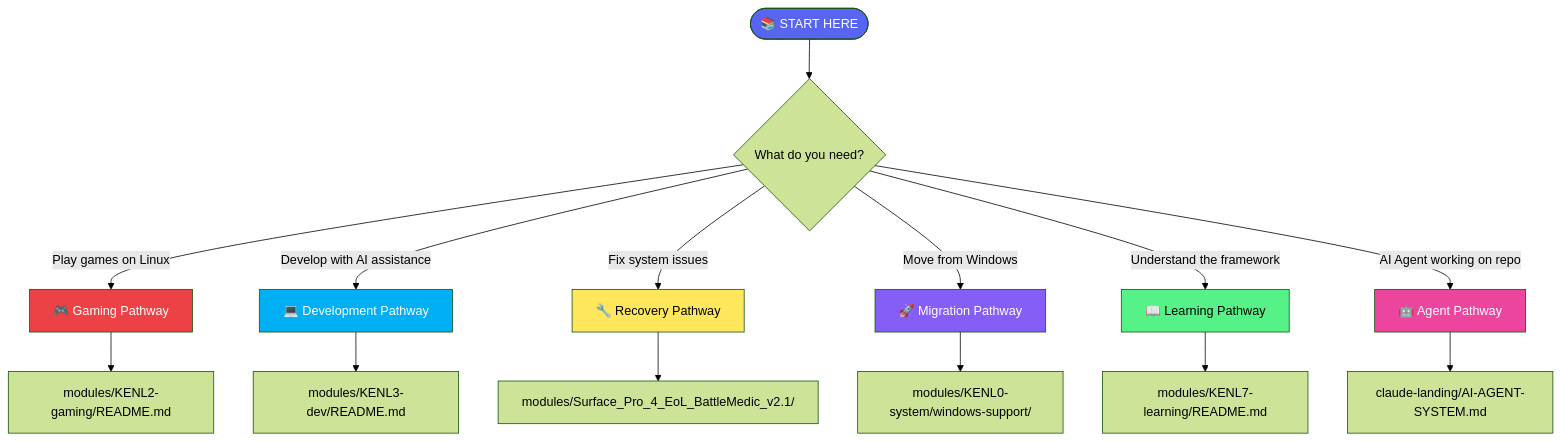
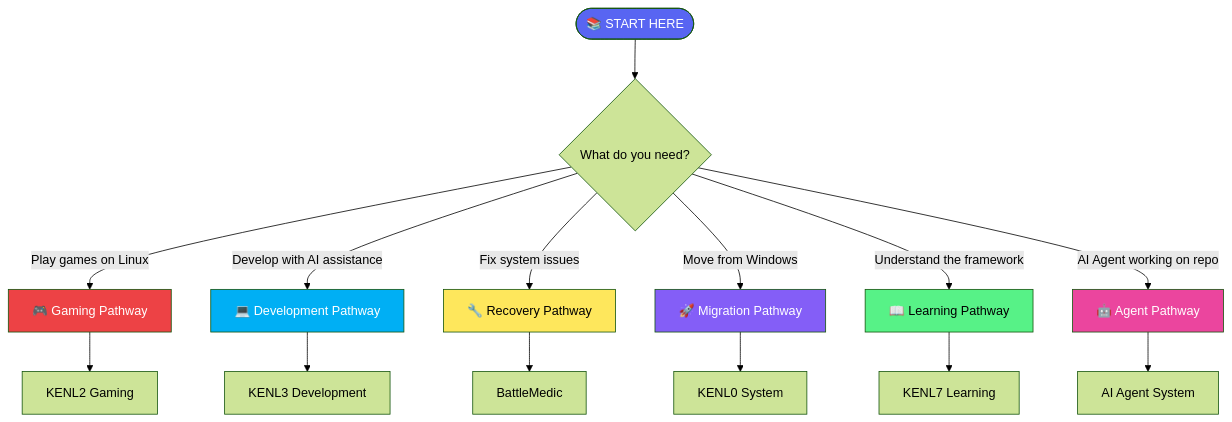
One commit to toolate28/kenl changed the first of 2 diagrams in claude-landing/DOCUMENTATION-PATHWAYS.md. Above: the diagram before and after it, drawn with Mermaid (forest theme).

Commit message:
fix: simplify Mermaid diagram node IDs per KENL standards
Update DOCUMENTATION-PATHWAYS.md to use simpler node labels in Mermaid
diagram as per repository guidelines (e.g., "KENL2 Gaming" instead of
"modules/KENL2-gaming/README.md").

ATOM-DOC-20251126-014

````diff
--- a/claude-landing/DOCUMENTATION-PATHWAYS.md
+++ b/claude-landing/DOCUMENTATION-PATHWAYS.md
@@ -22,26 +22,26 @@
 ```mermaid
 graph TD
     Start([📚 START HERE]) --> Q{What do you need?}
 
     Q --> |Play games on Linux| Gaming[🎮 Gaming Pathway]
     Q --> |Develop with AI assistance| Dev[💻 Development Pathway]
     Q --> |Fix system issues| Recovery[🔧 Recovery Pathway]
     Q --> |Move from Windows| Migration[🚀 Migration Pathway]
     Q --> |Understand the framework| Learn[📖 Learning Pathway]
     Q --> |AI Agent working on repo| Agent[🤖 Agent Pathway]
 
-    Gaming --> G1[modules/KENL2-gaming/README.md]
-    Dev --> D1[modules/KENL3-dev/README.md]
-    Recovery --> R1[modules/Surface_Pro_4_EoL_BattleMedic_v2.1/]
-    Migration --> M1[modules/KENL0-system/windows-support/]
-    Learn --> L1[modules/KENL7-learning/README.md]
-    Agent --> A1[claude-landing/AI-AGENT-SYSTEM.md]
+    Gaming --> G1[KENL2 Gaming]
+    Dev --> D1[KENL3 Development]
+    Recovery --> R1[BattleMedic]
+    Migration --> M1[KENL0 System]
+    Learn --> L1[KENL7 Learning]
+    Agent --> A1[AI Agent System]
 
     style Start fill:#5865F2,color:#fff
     style Gaming fill:#ED4245,color:#fff
     style Dev fill:#00AFF4,color:#fff
     style Recovery fill:#FEE75C,color:#000
     style Migration fill:#845EF7,color:#fff
     style Learn fill:#57F287,color:#000
     style Agent fill:#EB459E,color:#fff
 ```
````
